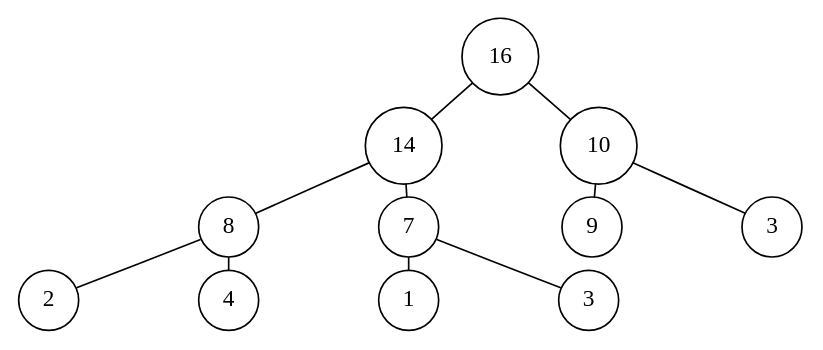
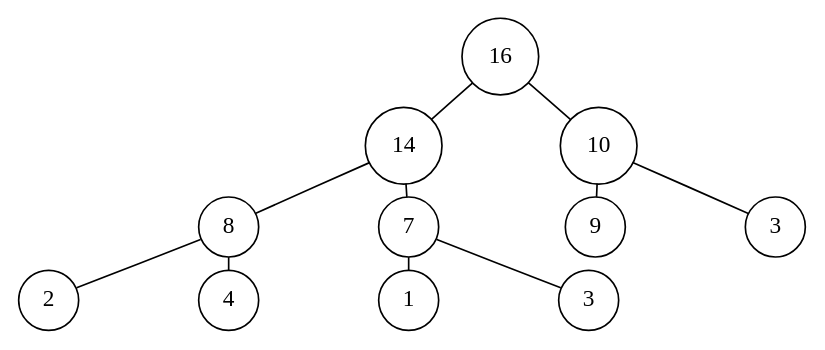
One commit to fletchto99/CSI2110 changed the diagram in Assignments/Assignment 2/Graphs/Q2/B/BT2B.gv. Above: the diagram before and after it, drawn with Graphviz. The commit also changed other lines of this file and 1 other file, not shown here.

```diff
--- a/Assignments/Assignment 2/Graphs/Q2/B/BT2B.gv
+++ b/Assignments/Assignment 2/Graphs/Q2/B/BT2B.gv
@@ -1,20 +1,20 @@
 digraph BT2B {
     nodesep=1;
     ranksep=0.1;
     margin=0;
     graph [ordering="out"]
     node [shape=circle];
     edge [arrowsize=0.8, arrowhead=none, arrowtail=none];
-    3.1 [label="3"]; //Special case to allow duplicates
-    3.2 [label="3"]; //Special case to allow duplicates
     16 -> 14;
     16 -> 10;
     14 -> 8;
     14 -> 7;
     10 -> 9;
+    3.1 [label="3"]; //Special case to allow duplicates
     10 -> 3.1;
     8 -> 2;
     8 -> 4;
     7 -> 1;
+    3.2 [label="3"]; //Special case to allow duplicates
     7 -> 3.2;
 }
```
